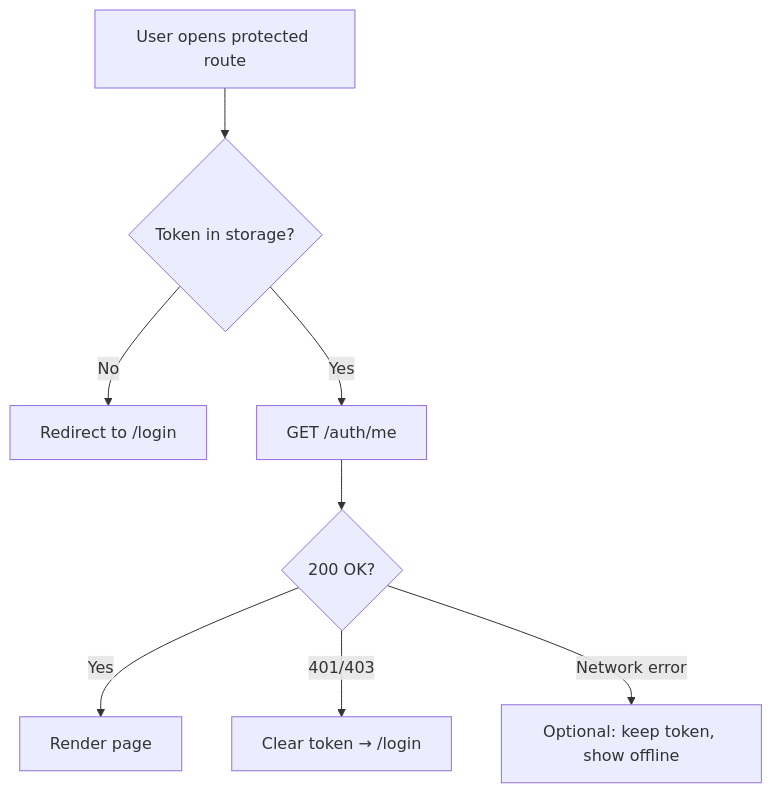
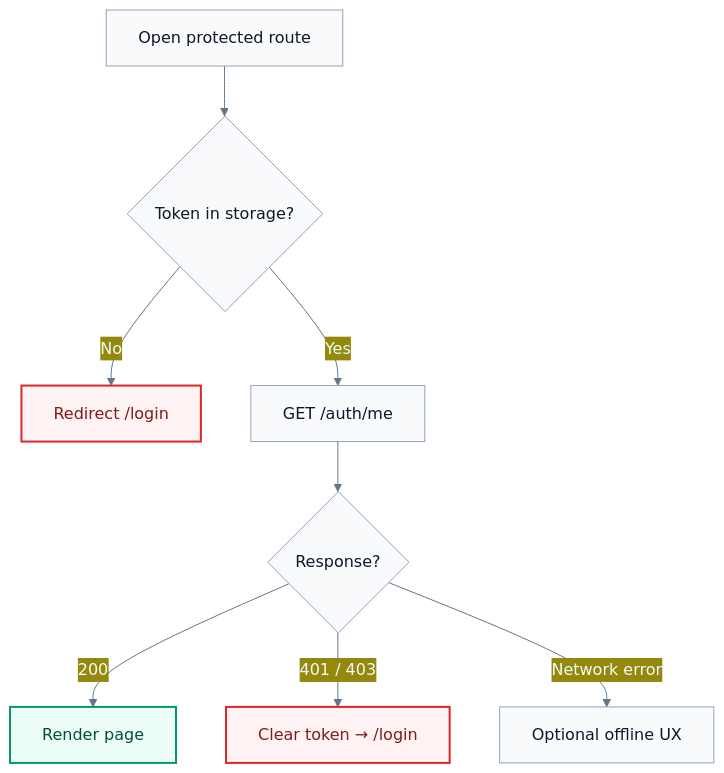
The third of 7 diagrams in docs/FLOWCHARTS.md (dhanyakini/PharmAI-Chain), drawn with Mermaid before and after one commit. The commit also changed other lines of this file and 8 other files, not shown here.

Commit message:
Update documentation to include architecture diagrams and PNG export instructions in README and FLOWCHARTS.md

````diff
--- a/docs/FLOWCHARTS.md
+++ b/docs/FLOWCHARTS.md
@@ -76,10 +81,19 @@
 ```mermaid
+%%{init: {'theme':'base','themeVariables':{'primaryColor':'#0d9488','primaryTextColor':'#f0fdfa','lineColor':'#64748b','clusterBkg':'#f1f5f9'},'flowchart':{'curve':'basis','padding':16}}}%%
 flowchart TD
-  A[User opens protected route] --> B{Token in storage?}
-  B -->|No| C[Redirect to /login]
+  classDef ok fill:#ecfdf5,stroke:#059669,stroke-width:2px,color:#064e3b
+  classDef err fill:#fef2f2,stroke:#dc2626,stroke-width:2px,color:#7f1d1d
+  classDef neutral fill:#f8fafc,stroke:#94a3b8,color:#0f172a
+
+  A[Open protected route] --> B{Token in storage?}
+  B -->|No| C[Redirect /login]
   B -->|Yes| D[GET /auth/me]
-  D --> E{200 OK?}
-  E -->|Yes| F[Render page]
-  E -->|401/403| G[Clear token → /login]
-  E -->|Network error| H[Optional: keep token, show offline]
+  D --> E{Response?}
+  E -->|200| F[Render page]
+  E -->|401 / 403| G[Clear token → /login]
+  E -->|Network error| H[Optional offline UX]
+
+  class F ok
+  class C,G err
+  class A,B,D,E,H neutral
 ```
````
